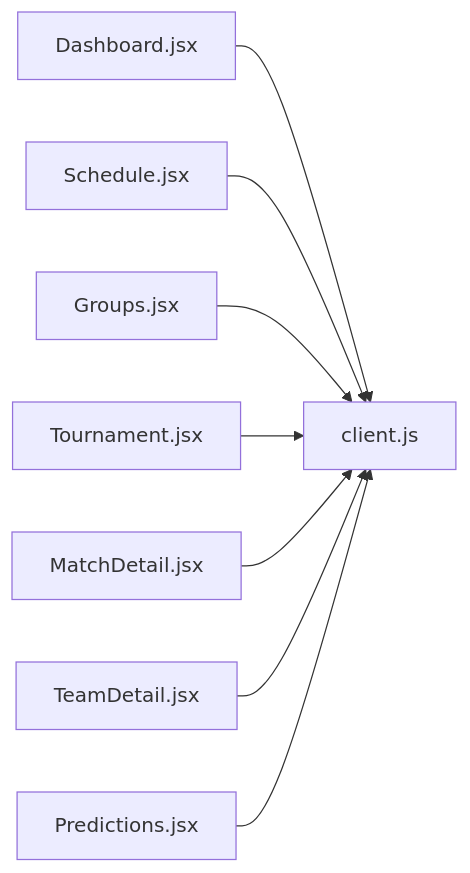
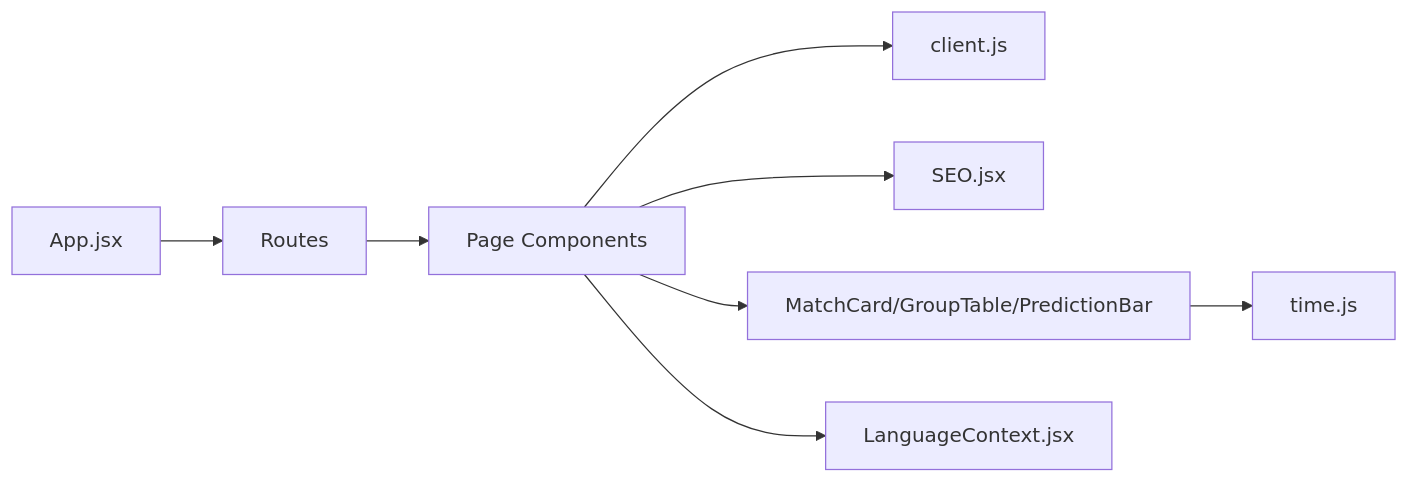
One commit to cheesiong/WC26-qwen changed the tenth of 10 diagrams in .qoder/repowiki/en/content/Frontend Application/Page Components.md. Above: the diagram before and after it, drawn with Mermaid. The commit also changed other lines of this file and 181 other files, not shown here.

````diff
--- a/.qoder/repowiki/en/content/Frontend Application/Page Components.md
+++ b/.qoder/repowiki/en/content/Frontend Application/Page Components.md
@@ -333,18 +456,10 @@
 ```mermaid
 graph LR
-Client["client.js"]
-Dash["Dashboard.jsx"]
-Sched["Schedule.jsx"]
-Grp["Groups.jsx"]
-Tour["Tournament.jsx"]
-MDet["MatchDetail.jsx"]
-TDet["TeamDetail.jsx"]
-Pred["Predictions.jsx"]
-Dash --> Client
-Sched --> Client
-Grp --> Client
-Tour --> Client
-MDet --> Client
-TDet --> Client
-Pred --> Client
+App["App.jsx"] --> Routes["Routes"]
+Routes --> Pages["Page Components"]
+Pages --> API["client.js"]
+Pages --> SEO["SEO.jsx"]
+Pages --> Shared["MatchCard/GroupTable/PredictionBar"]
+Pages --> Lang["LanguageContext.jsx"]
+Shared --> Time["time.js"]
 ```
````
